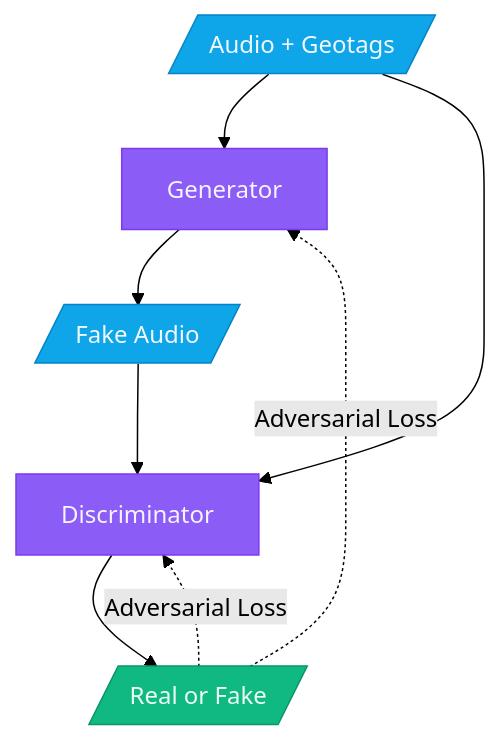
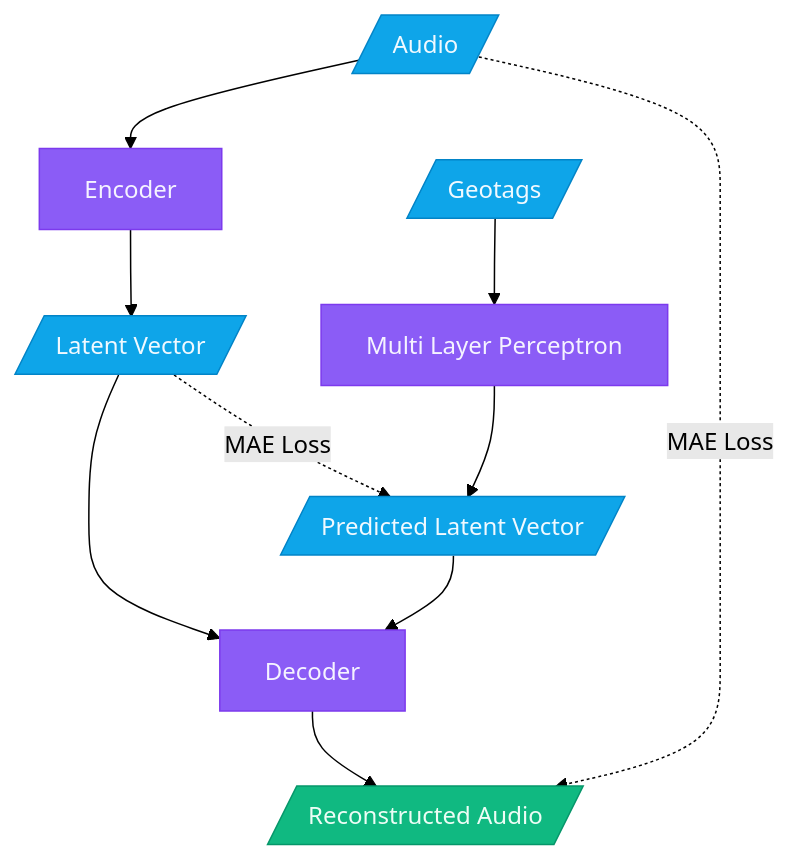
The second of 3 diagrams in notebooks/diagrams.md (vivekvjyn/GeoSynth), drawn with Mermaid (forest theme) before and after one commit. The commit also changed other lines of this file and 14 other files, not shown here.

````diff
--- a/notebooks/diagrams.md
+++ b/notebooks/diagrams.md
@@ -49,16 +50,22 @@
 ```mermaid
 flowchart TD
-    A[/Audio + Geotags/] --> GEN[Generator]
-    GEN --> FA[/Fake Audio/]
-    FA --> DIS[Discriminator]
-    A --> DIS
-    DIS --> RF[/Real or Fake/]
-    RF -.->|Adversarial Loss| GEN
-    RF -.->|Adversarial Loss| DIS
+    A[/Audio/] --> EN[Encoder]
+    EN --> LV[/Latent Vector/]
+    LV --> DE[Decoder]
+    DE --> RA[/Reconstructed Audio/]
+    A -.->|MAE Loss| RA
+
+    G[/Geotags/] --> MLP[Multi Layer Perceptron]
+    MLP --> PLV[/Predicted Latent Vector/]
+    PLV --> DE
+    LV -.->|MAE Loss| PLV
 
     style A fill:#0ea5e9,stroke:#0284c7,color:#f0f9ff
-    style GEN fill:#8b5cf6,stroke:#7c3aed,color:#f5f3ff
-    style FA fill:#0ea5e9,stroke:#0284c7,color:#f0f9ff
-    style DIS fill:#8b5cf6,stroke:#7c3aed,color:#f5f3ff
-    style RF fill:#10b981,stroke:#059669,color:#ecfdf5
+    style EN fill:#8b5cf6,stroke:#7c3aed,color:#f5f3ff
+    style LV fill:#0ea5e9,stroke:#0284c7,color:#f0f9ff
+    style DE fill:#8b5cf6,stroke:#7c3aed,color:#f5f3ff
+    style RA fill:#10b981,stroke:#059669,color:#ecfdf5
+    style G fill:#0ea5e9,stroke:#0284c7,color:#f0f9ff
+    style MLP fill:#8b5cf6,stroke:#7c3aed,color:#f5f3ff
+    style PLV fill:#0ea5e9,stroke:#0284c7,color:#f0f9ff
 ```
````
